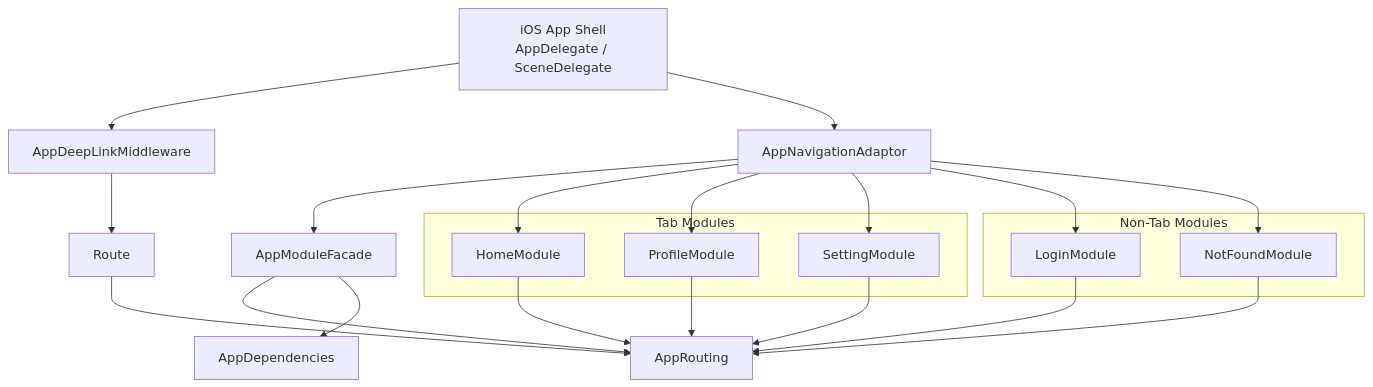
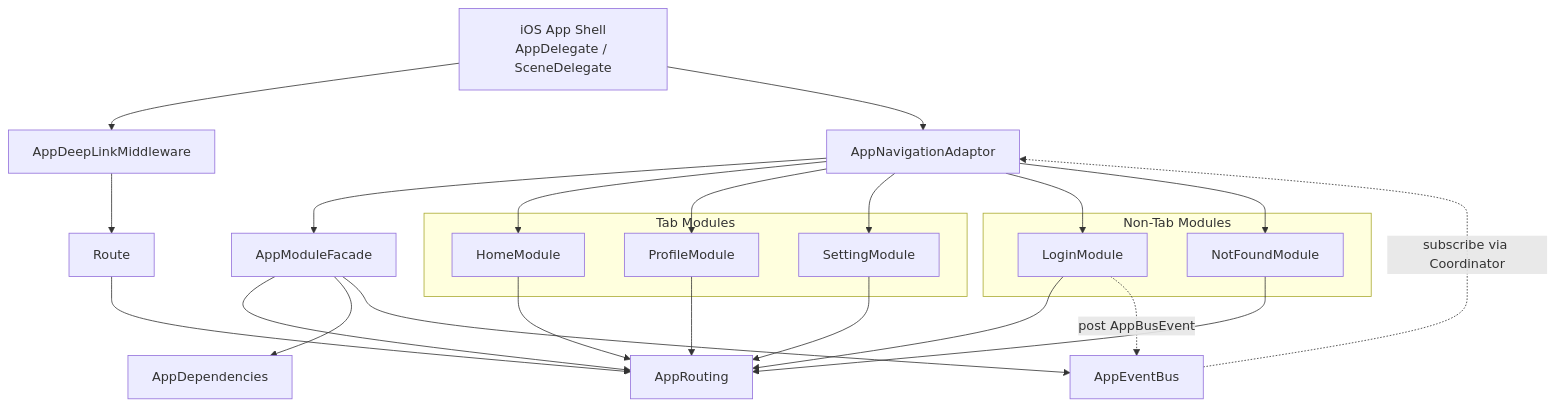
One commit to Monkey-Sun/iOSArchitechture changed the diagram in README.md. Above: the diagram before and after it, drawn with Mermaid. The commit also changed other lines of this file, not shown here.

````diff
--- a/README.md
+++ b/README.md
@@ -89,35 +90,39 @@
 ```mermaid
 flowchart TB
     A[iOS App Shell<br/>AppDelegate / SceneDelegate] --> B[AppDeepLinkMiddleware]
     A --> C[AppNavigationAdaptor]
     B --> D[Route]
 
     C --> E[AppModuleFacade]
     E --> F[AppRouting]
     E --> G[AppDependencies]
+    E --> EB[AppEventBus]
 
     subgraph Tabs[Tab Modules]
       H[HomeModule]
       I[ProfileModule]
       J[SettingModule]
     end
 
     subgraph Biz[Non-Tab Modules]
       K[LoginModule]
       L[NotFoundModule]
     end
 
     C --> H
     C --> I
     C --> J
     C --> K
     C --> L
 
     H --> F
     I --> F
     J --> F
     K --> F
     L --> F
 
     D --> F
+
+    K -.->|post AppBusEvent| EB
+    EB -.->|subscribe via Coordinator| C
 ```
````
